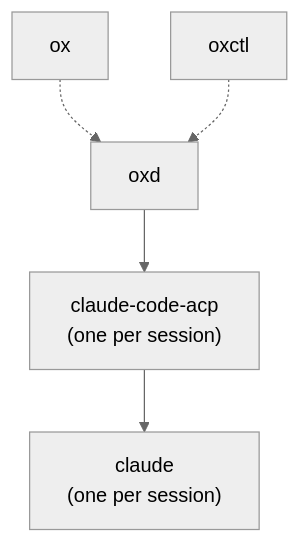
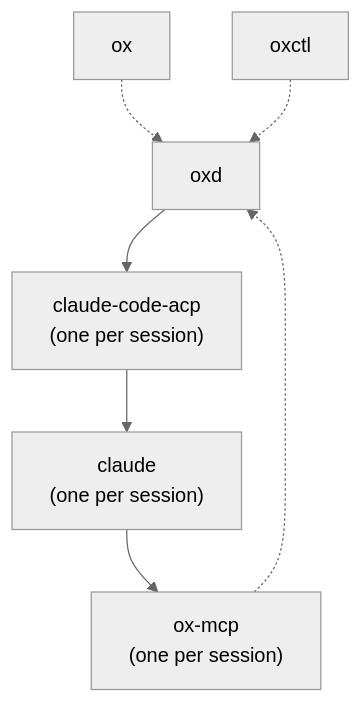
Before and after one commit to kkestell/ox-hypercube2: the diagram in docs/dev/architecture.md, drawn with Mermaid (neutral theme). The commit also changed other lines of this file and 20 other files, not shown here.

````diff
--- a/docs/dev/architecture.md
+++ b/docs/dev/architecture.md
@@ -9,13 +9,16 @@
 ```mermaid
 flowchart TB
     ox["ox"]
     oxctl["oxctl"]
     oxd["oxd"]
     bridge["claude-code-acp<br/>(one per session)"]
     claude["claude<br/>(one per session)"]
+    oxmcp["ox-mcp<br/>(one per session)"]
 
     ox -.-> oxd
     oxctl -.-> oxd
     oxd --> bridge
     bridge --> claude
+    claude --> oxmcp
+    oxmcp -.-> oxd
 ```
````
